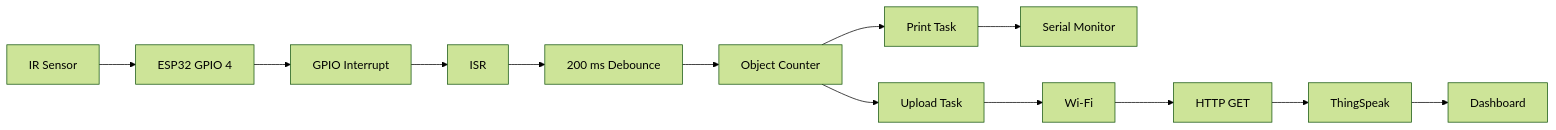
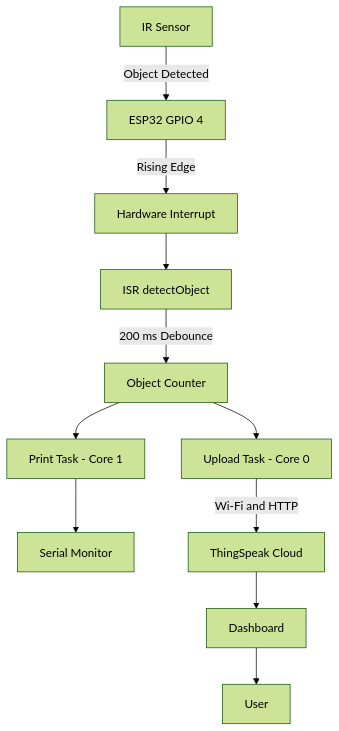
One commit to AkshitMathur/FreeRTOS_Interrupt_To_Task_Communication_Using_ESP32_Microcontroller changed the diagram in README.md. Above: the diagram before and after it, drawn with Mermaid (forest theme). The commit also changed other lines of this file, not shown here.

````diff
--- a/README.md
+++ b/README.md
@@ -33,18 +33,13 @@
 ```mermaid
-flowchart LR
-    A["IR Sensor"] --> B["ESP32 GPIO 4"]
-    B --> C["GPIO Interrupt"]
-    C --> D["ISR"]
-    D --> E["200 ms Debounce"]
-    E --> F["Object Counter"]
-
-    F --> G["Print Task"]
-    F --> H["Upload Task"]
-
-    G --> I["Serial Monitor"]
-
-    H --> J["Wi-Fi"]
-    J --> K["HTTP GET"]
-    K --> L["ThingSpeak"]
-    L --> M["Dashboard"]
+flowchart TD
+    A["IR Sensor"] -->|"Object Detected"| B["ESP32 GPIO 4"]
+    B -->|"Rising Edge"| C["Hardware Interrupt"]
+    C --> D["ISR detectObject"]
+    D -->|"200 ms Debounce"| E["Object Counter"]
+    E --> F["Print Task - Core 1"]
+    E --> G["Upload Task - Core 0"]
+    F --> H["Serial Monitor"]
+    G -->|"Wi-Fi and HTTP"| I["ThingSpeak Cloud"]
+    I --> J["Dashboard"]
+    J --> K["User"]
 ```
````
